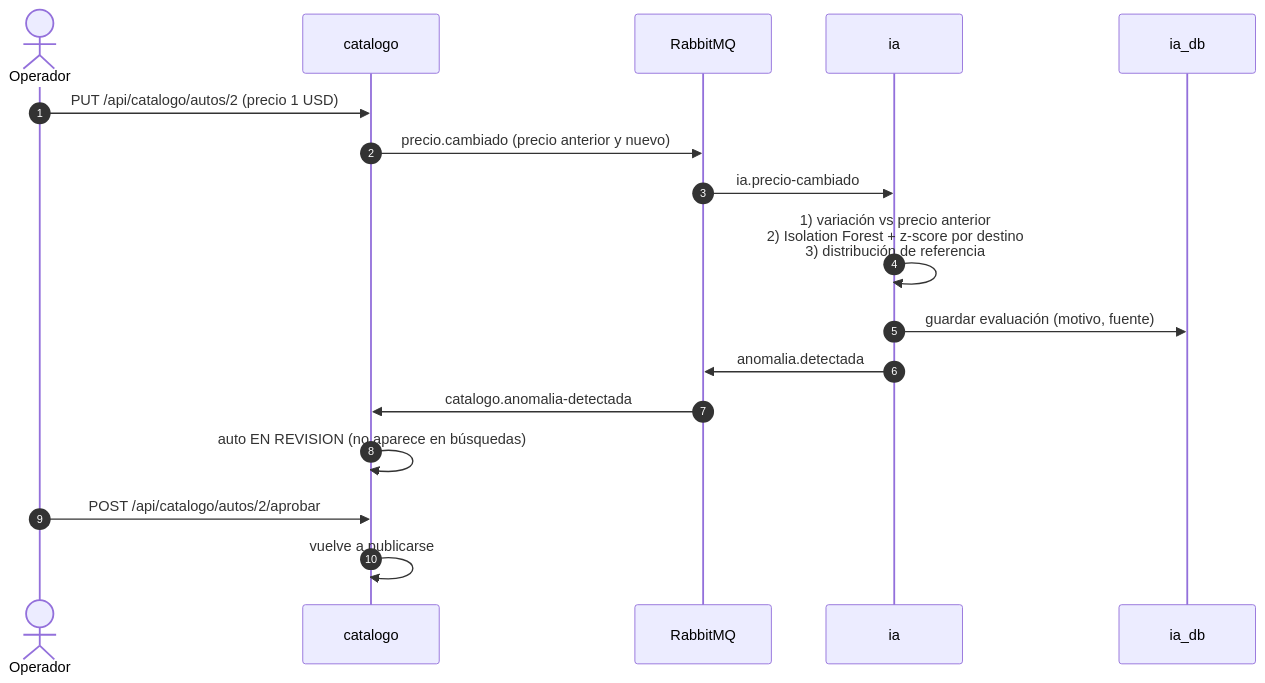
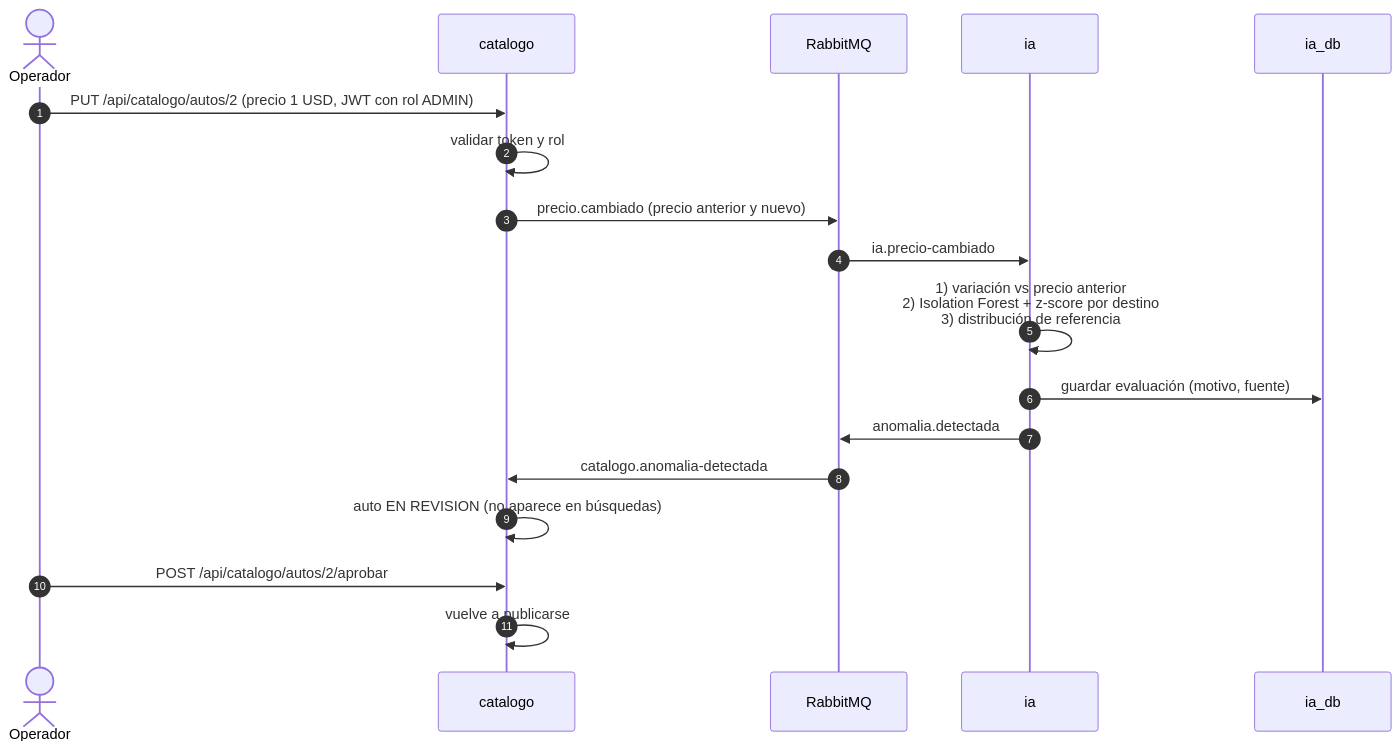
Before and after one commit to valentingit02/travelhub: the fifth of 6 diagrams in docs/04_INTEGRACION.md, drawn with Mermaid. The commit also changed other lines of this file and 29 other files, not shown here.

First line of the commit message:
feat(catalogo): rol ADMIN para cambiar precios y aprobar productos (#5)

````diff
--- a/docs/04_INTEGRACION.md
+++ b/docs/04_INTEGRACION.md
@@ -163,19 +165,20 @@
 ```mermaid
 sequenceDiagram
     autonumber
     actor O as Operador
     participant C as catalogo
     participant MQ as RabbitMQ
     participant IA as ia
     participant DB as ia_db
-    O->>C: PUT /api/catalogo/autos/2 (precio 1 USD)
+    O->>C: PUT /api/catalogo/autos/2 (precio 1 USD, JWT con rol ADMIN)
+    C->>C: validar token y rol
     C->>MQ: precio.cambiado (precio anterior y nuevo)
     MQ->>IA: ia.precio-cambiado
     IA->>IA: 1) variación vs precio anterior<br/>2) Isolation Forest + z-score por destino<br/>3) distribución de referencia
     IA->>DB: guardar evaluación (motivo, fuente)
     IA->>MQ: anomalia.detectada
     MQ->>C: catalogo.anomalia-detectada
     C->>C: auto EN REVISION (no aparece en búsquedas)
     O->>C: POST /api/catalogo/autos/2/aprobar
     C->>C: vuelve a publicarse
 ```
````
